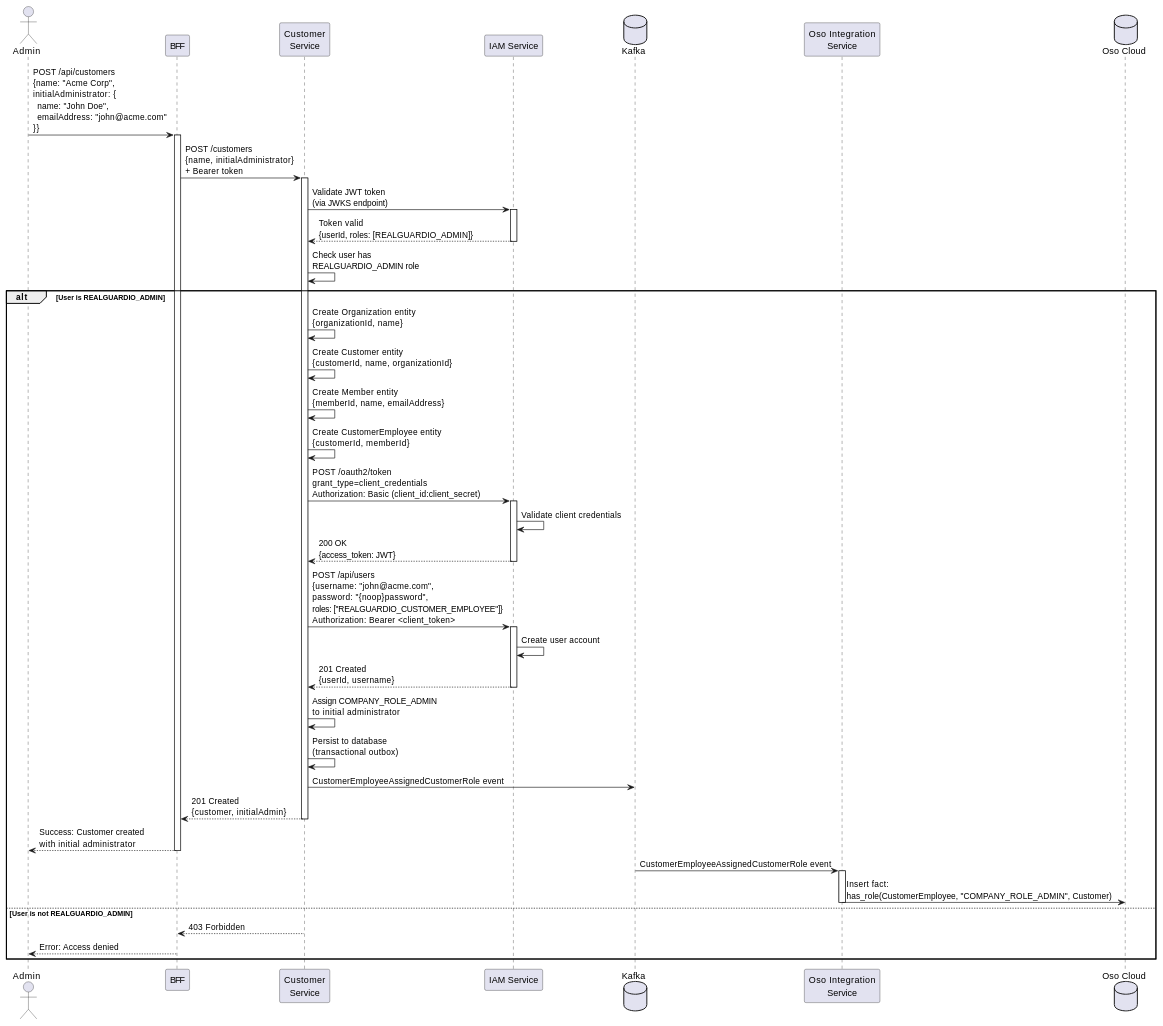
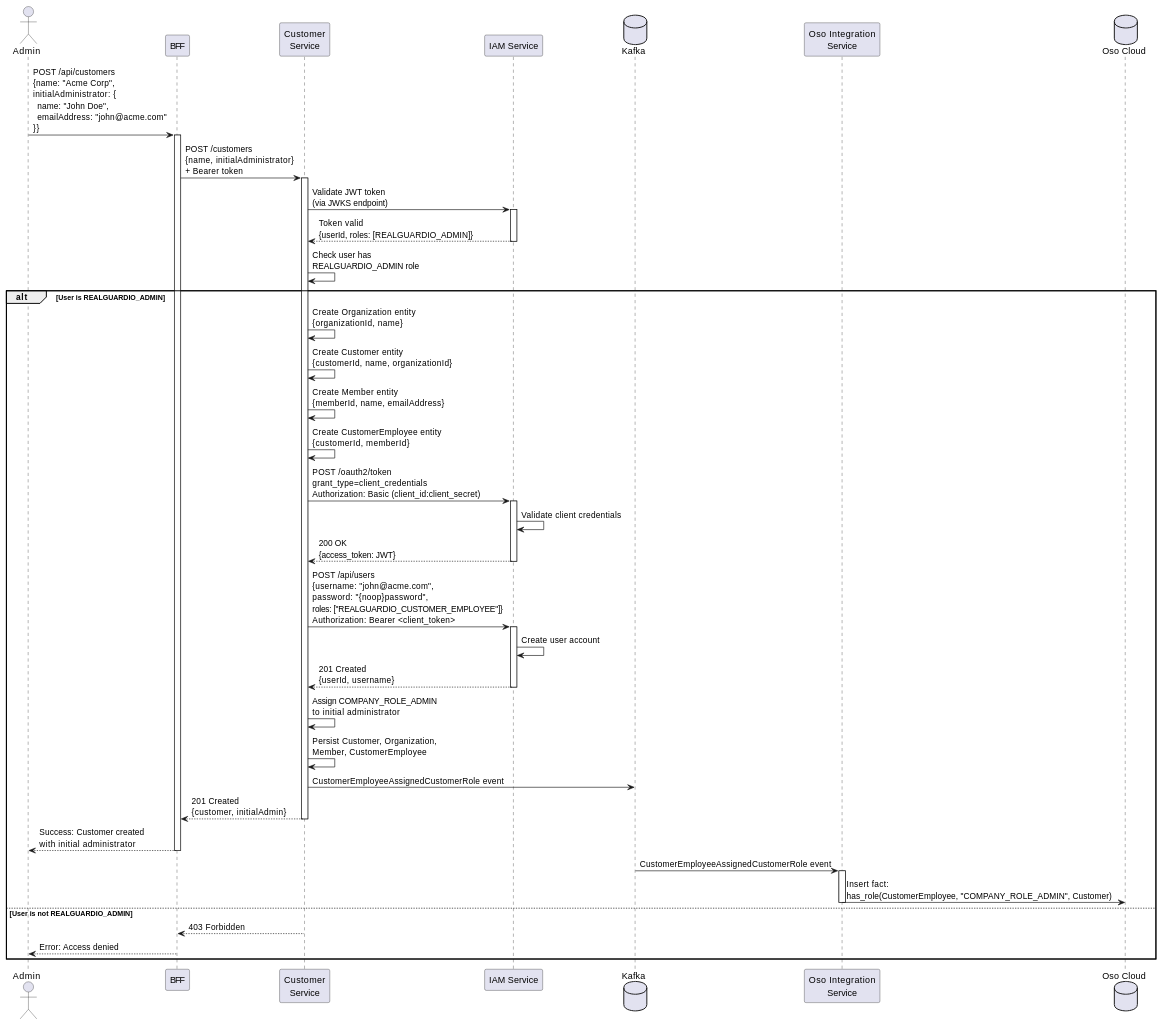
Before and after one commit to eventuate-examples/eventuate-examples-realguardio: the diagram in docs/architecture/scenarios/create-customer.adoc, drawn with PlantUML. The commit also changed other lines of this file and 12 other files, not shown here.

```diff
--- a/docs/architecture/scenarios/create-customer.adoc
+++ b/docs/architecture/scenarios/create-customer.adoc
@@ -9,73 +9,73 @@
 [plantuml]
 ....
 @startuml
 actor "Admin" as Admin
 participant "BFF" as BFF
 participant "Customer\nService" as Customer
 participant "IAM Service" as IAM
 database "Kafka" as Kafka
 participant "Oso Integration\nService" as Oso
 database "Oso Cloud" as OsoCloud
 
 Admin -> BFF: POST /api/customers\n{name: "Acme Corp",\ninitialAdministrator: {\n  name: "John Doe",\n  emailAddress: "john@acme.com"\n}}
 activate BFF
 
 BFF -> Customer: POST /customers\n{name, initialAdministrator}\n+ Bearer token
 activate Customer
 
 Customer -> IAM: Validate JWT token\n(via JWKS endpoint)
 activate IAM
 IAM --> Customer: Token valid\n{userId, roles: [REALGUARDIO_ADMIN]}
 deactivate IAM
 
 Customer -> Customer: Check user has\nREALGUARDIO_ADMIN role
 
 alt User is REALGUARDIO_ADMIN
     Customer -> Customer: Create Organization entity\n{organizationId, name}
 
     Customer -> Customer: Create Customer entity\n{customerId, name, organizationId}
 
     Customer -> Customer: Create Member entity\n{memberId, name, emailAddress}
 
     Customer -> Customer: Create CustomerEmployee entity\n{customerId, memberId}
 
     ' User account creation in IAM Service
     Customer -> IAM: POST /oauth2/token\ngrant_type=client_credentials\nAuthorization: Basic (client_id:client_secret)
     activate IAM
     IAM -> IAM: Validate client credentials
     IAM --> Customer: 200 OK\n{access_token: JWT}
     deactivate IAM
 
     Customer -> IAM: POST /api/users\n{username: "john@acme.com",\npassword: "{noop}password",\nroles: ["REALGUARDIO_CUSTOMER_EMPLOYEE"]}\nAuthorization: Bearer <client_token>
     activate IAM
     IAM -> IAM: Create user account
     IAM --> Customer: 201 Created\n{userId, username}
     deactivate IAM
 
     Customer -> Customer: Assign COMPANY_ROLE_ADMIN\nto initial administrator
 
-    Customer -> Customer: Persist to database\n(transactional outbox)
+    Customer -> Customer: Persist Customer, Organization,\nMember, CustomerEmployee
 
     Customer -> Kafka: CustomerEmployeeAssignedCustomerRole event
 
     Customer --> BFF: 201 Created\n{customer, initialAdmin}
     deactivate Customer
 
     BFF --> Admin: Success: Customer created\nwith initial administrator
     deactivate BFF
 
     ' Event processing
     Kafka -> Oso: CustomerEmployeeAssignedCustomerRole event
     activate Oso
     Oso -> OsoCloud: Insert fact:\nhas_role(CustomerEmployee, "COMPANY_ROLE_ADMIN", Customer)
     deactivate Oso
 
 else User is not REALGUARDIO_ADMIN
     Customer --> BFF: 403 Forbidden
     deactivate Customer
     BFF --> Admin: Error: Access denied
     deactivate BFF
 end
 
 @enduml
 ....
```
